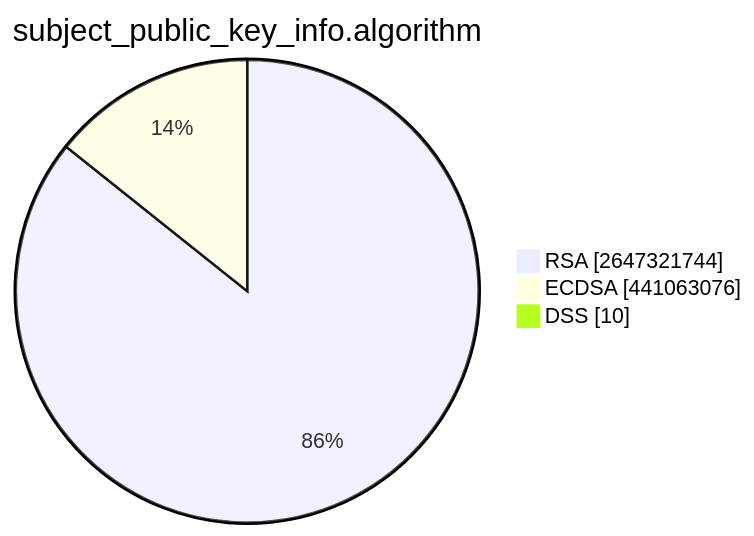
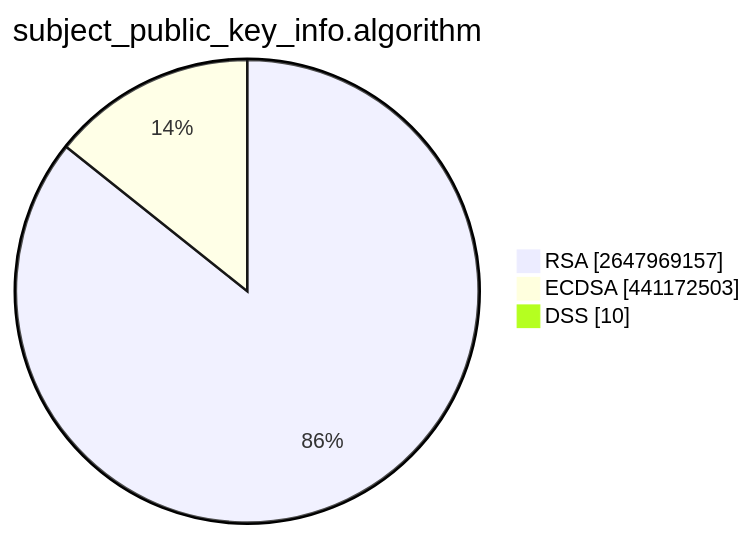
Before and after one commit to christiankrug/ctmonitor_visualization: the second of 15 diagrams in TOTAL/README.md, drawn with Mermaid. The commit also changed other lines of this file, not shown here.

````diff
--- a/TOTAL/README.md
+++ b/TOTAL/README.md
@@ -6,7 +6,7 @@
 ```mermaid
 pie showData
 title subject_public_key_info.algorithm
-"RSA" :2647321744
-"ECDSA" :441063076
+"RSA" :2647969157
+"ECDSA" :441172503
 "DSS" :10
 ```
````
